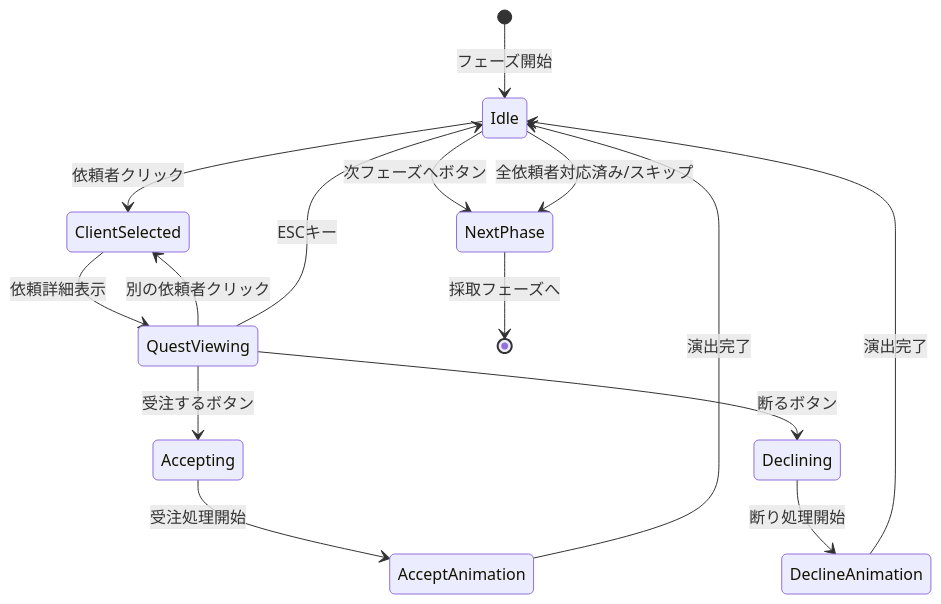
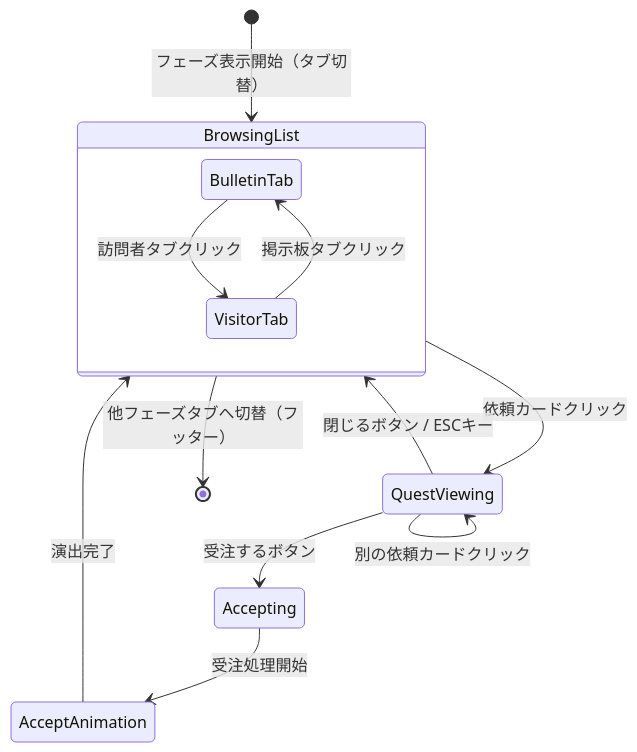
The diagram in docs/design/atelier-guild-rank/ui-design/screens/quest-accept.md (yaguma/atelier), drawn with Mermaid before and after one commit. The commit also changed other lines of this file and 3 other files, not shown here.

````diff
--- a/docs/design/atelier-guild-rank/ui-design/screens/quest-accept.md
+++ b/docs/design/atelier-guild-rank/ui-design/screens/quest-accept.md
@@ -222,24 +264,20 @@
 ```mermaid
 stateDiagram-v2
-    [*] --> Idle: フェーズ開始
+    [*] --> BrowsingList: フェーズ表示開始（タブ切替）
 
-    Idle --> ClientSelected: 依頼者クリック
-    Idle --> NextPhase: 次フェーズへボタン
+    state BrowsingList {
+        BulletinTab --> VisitorTab: 訪問者タブクリック
+        VisitorTab --> BulletinTab: 掲示板タブクリック
+    }
 
-    ClientSelected --> QuestViewing: 依頼詳細表示
+    BrowsingList --> QuestViewing: 依頼カードクリック
 
     QuestViewing --> Accepting: 受注するボタン
-    QuestViewing --> Declining: 断るボタン
-    QuestViewing --> ClientSelected: 別の依頼者クリック
-    QuestViewing --> Idle: ESCキー
+    QuestViewing --> BrowsingList: 閉じるボタン / ESCキー
+    QuestViewing --> QuestViewing: 別の依頼カードクリック
 
     Accepting --> AcceptAnimation: 受注処理開始
-    AcceptAnimation --> Idle: 演出完了
+    AcceptAnimation --> BrowsingList: 演出完了
 
-    Declining --> DeclineAnimation: 断り処理開始
-    DeclineAnimation --> Idle: 演出完了
-
-    Idle --> NextPhase: 全依頼者対応済み/スキップ
-
-    NextPhase --> [*]: 採取フェーズへ
+    BrowsingList --> [*]: 他フェーズタブへ切替（フッター）
 ```
````
